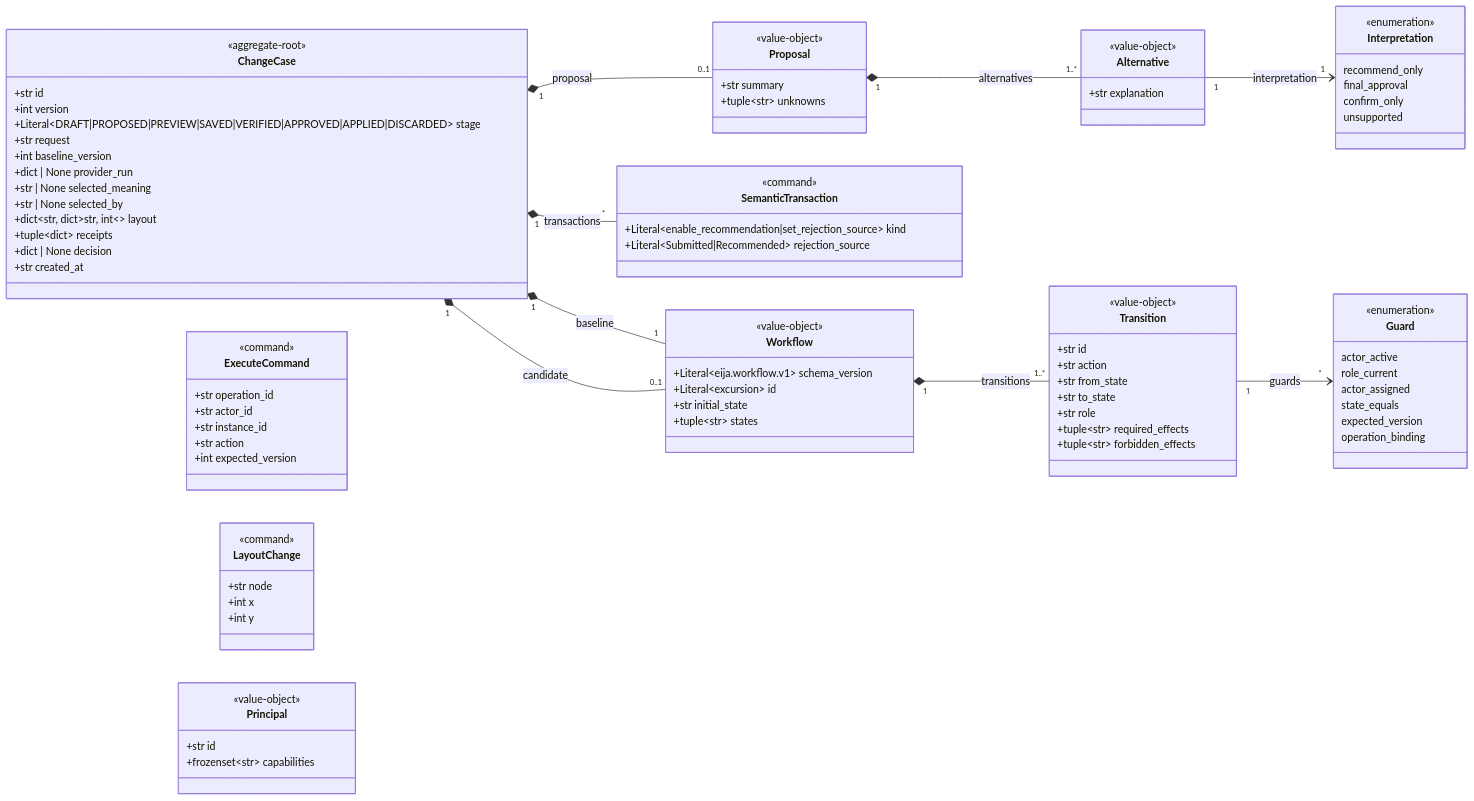
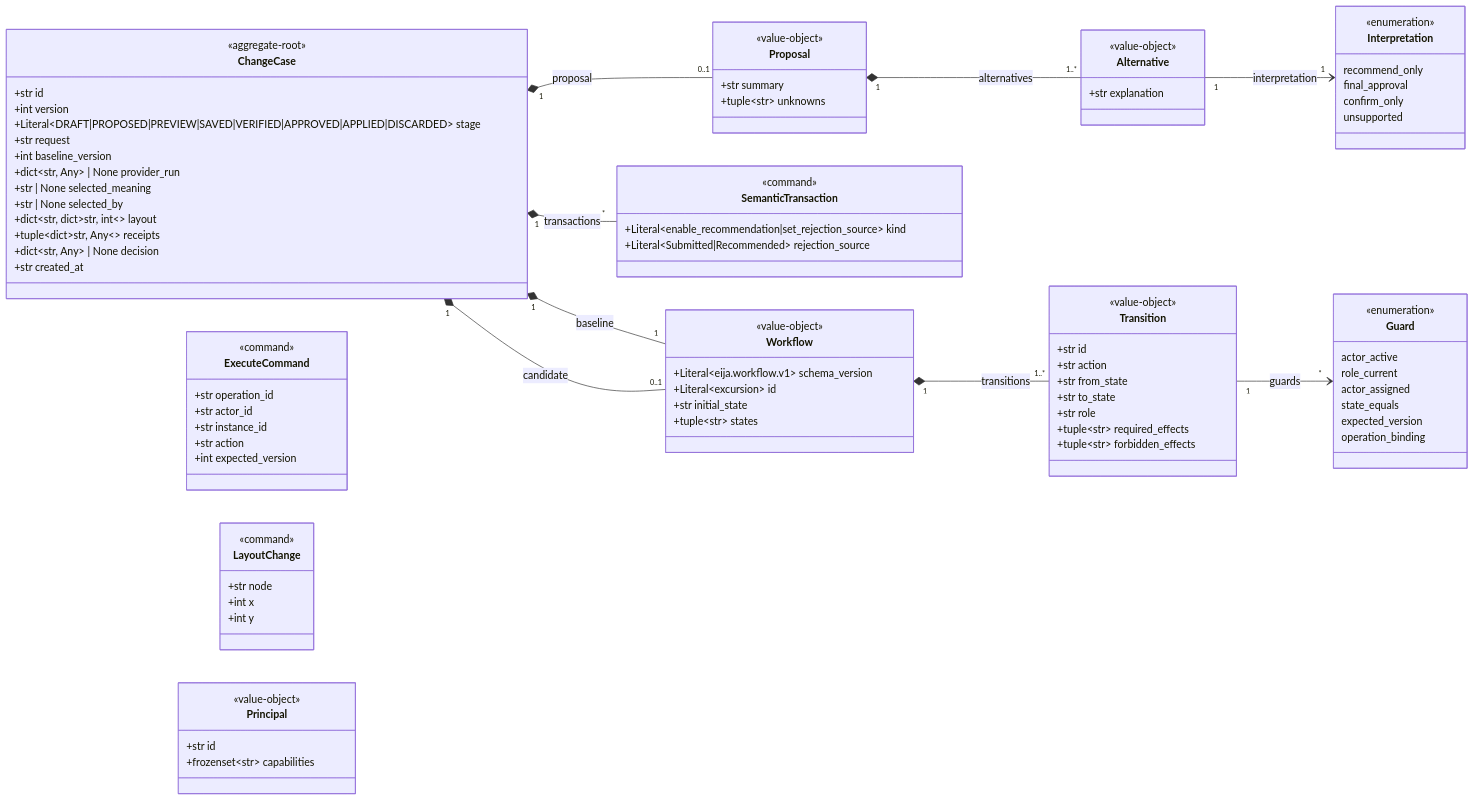
One commit to 45ck/eija-studio changed the diagram in docs/diagrams/class.md. Above: the diagram before and after it, drawn with Mermaid. The commit also changed 37 other files, not shown here.

```diff
--- a/docs/diagrams/class.md
+++ b/docs/diagrams/class.md
@@ -18,12 +18,12 @@
         +Literal~DRAFT|PROPOSED|PREVIEW|SAVED|VERIFIED|APPROVED|APPLIED|DISCARDED~ stage
         +str request
         +int baseline_version
-        +dict | None provider_run
+        +dict~str, Any~ | None provider_run
         +str | None selected_meaning
         +str | None selected_by
         +dict~str, dict~str, int~~ layout
-        +tuple~dict~ receipts
-        +dict | None decision
+        +tuple~dict~str, Any~~ receipts
+        +dict~str, Any~ | None decision
         +str created_at
     }
     class ExecuteCommand {
```
